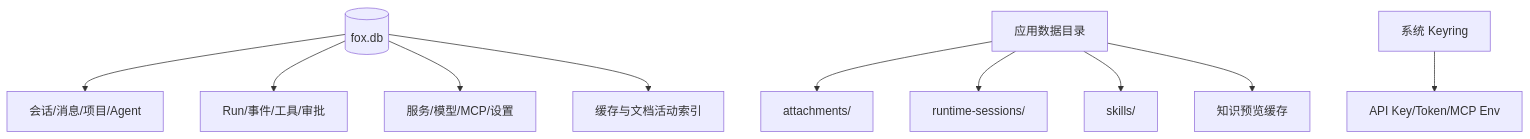
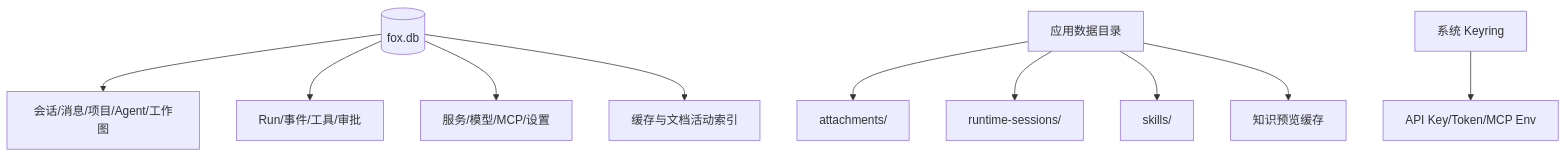
The first of 2 diagrams in docs/02-架构/数据架构.md (Hry1729/Fox-Agent), drawn with Mermaid before and after one commit. The commit also changed other lines of this file and 22 other files, not shown here.

````diff
--- a/docs/02-架构/数据架构.md
+++ b/docs/02-架构/数据架构.md
@@ -18,13 +18,13 @@
 ```mermaid
 flowchart TD
     DB[("fox.db")]
-    DB --> PRODUCT["会话/消息/项目/Agent"]
+    DB --> PRODUCT["会话/消息/项目/Agent/工作图"]
     DB --> RUN["Run/事件/工具/审批"]
     DB --> CONFIG["服务/模型/MCP/设置"]
     DB --> CACHEIDX["缓存与文档活动索引"]
     FS["应用数据目录"] --> ATT["attachments/"]
     FS --> SESSION["runtime-sessions/"]
     FS --> SKILL["skills/"]
     FS --> CACHE["知识预览缓存"]
     KEY["系统 Keyring"] --> SECRET["API Key/Token/MCP Env"]
 ```
````
